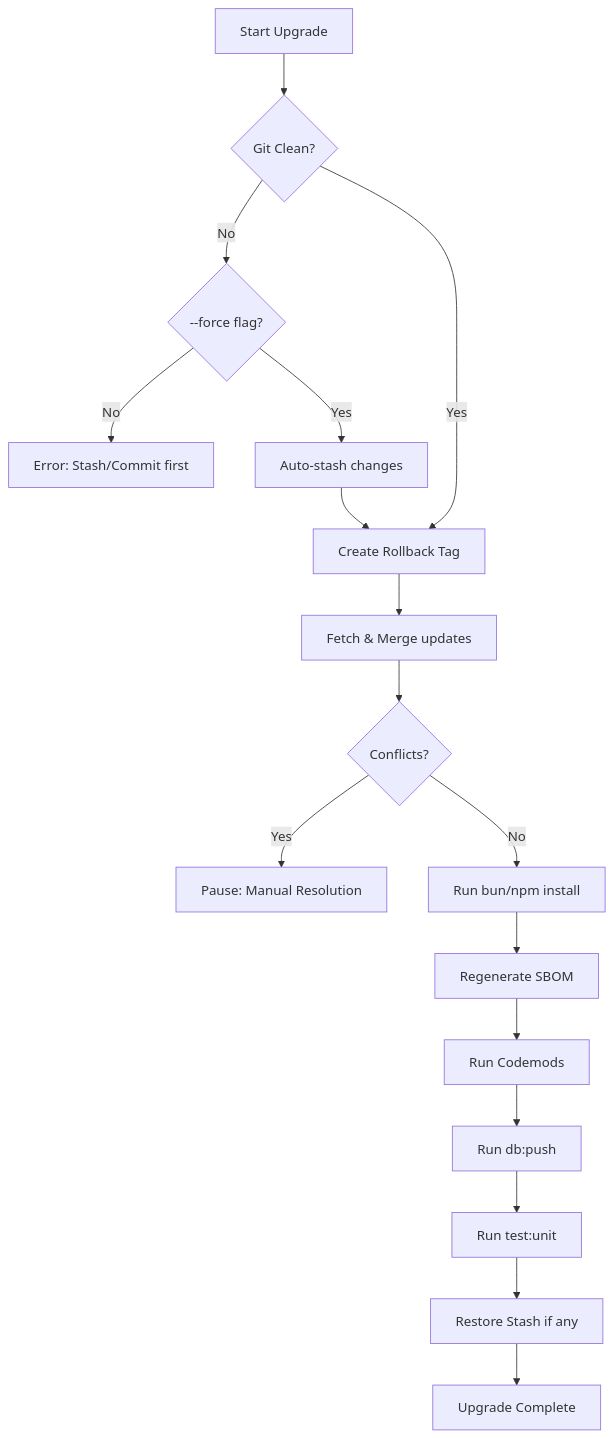
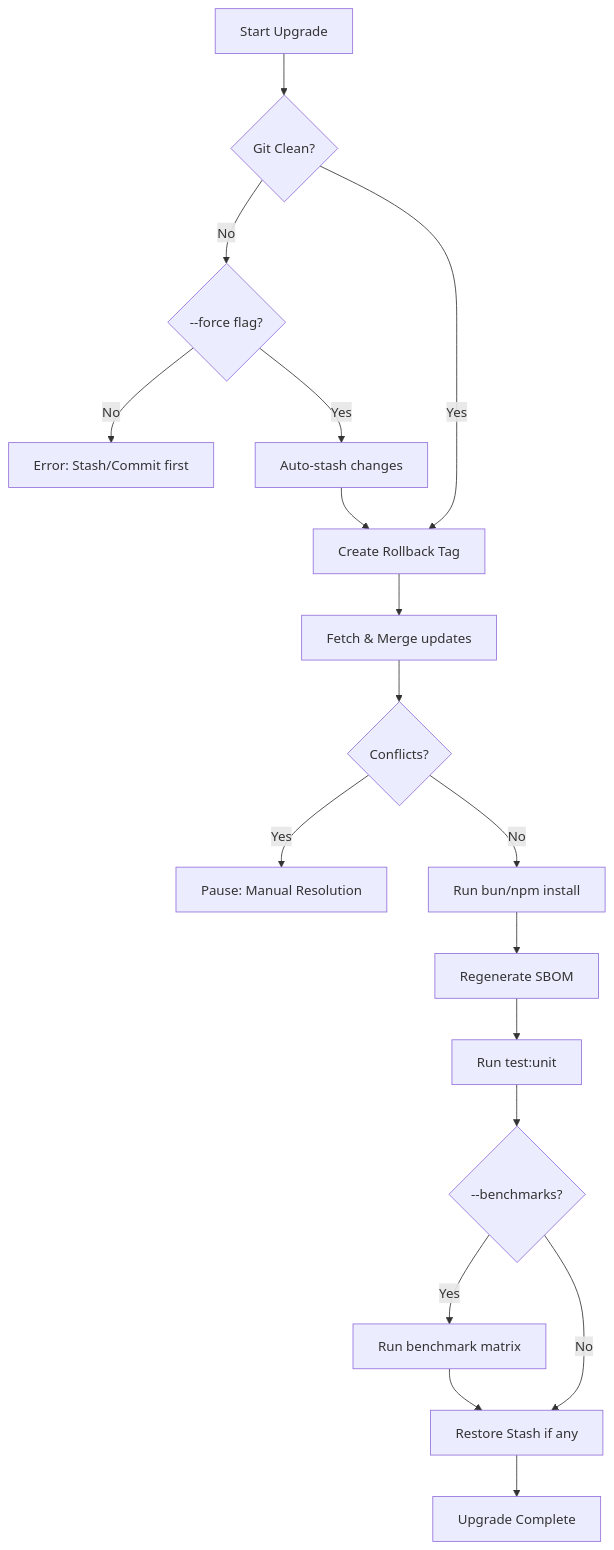
The diagram in docs/guides/configuration/upgrading.mdx (SveltyCMS/SveltyCMS), drawn with Mermaid before and after one commit. The commit also changed other lines of this file and 6 other files, not shown here.

First line of the commit message:
fix: align the upgrade path with boot-time schema

````diff
--- a/docs/guides/configuration/upgrading.mdx
+++ b/docs/guides/configuration/upgrading.mdx
@@ -31,19 +31,20 @@
 ```mermaid
 graph TD
     A[Start Upgrade] --> B{Git Clean?}
     B -- No --> C{--force flag?}
     C -- No --> D[Error: Stash/Commit first]
     C -- Yes --> E[Auto-stash changes]
     B -- Yes --> F[Create Rollback Tag]
     E --> F
     F --> G[Fetch & Merge updates]
     G --> H{Conflicts?}
     H -- Yes --> I[Pause: Manual Resolution]
     H -- No --> J[Run bun/npm install]
     J --> J2[Regenerate SBOM]
-    J2 --> K[Run Codemods]
-    K --> L[Run db:push]
-    L --> M[Run test:unit]
-    M --> N[Restore Stash if any]
+    J2 --> M[Run test:unit]
+    M --> Q{--benchmarks?}
+    Q -- Yes --> R[Run benchmark matrix]
+    Q -- No --> N[Restore Stash if any]
+    R --> N
     N --> O[Upgrade Complete]
 ```
````
